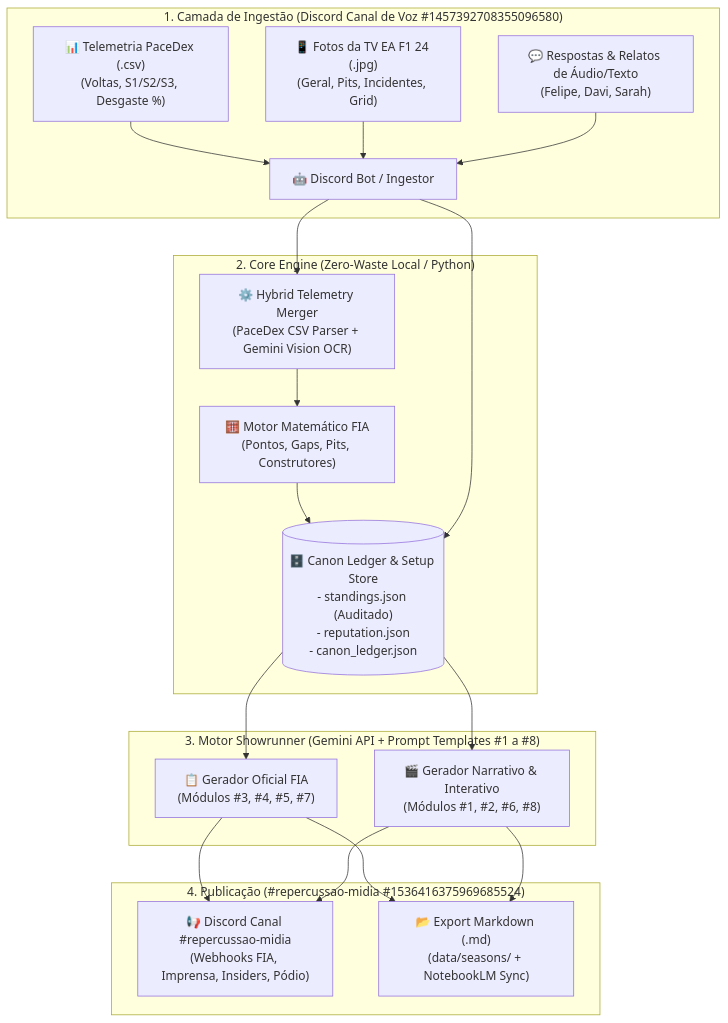
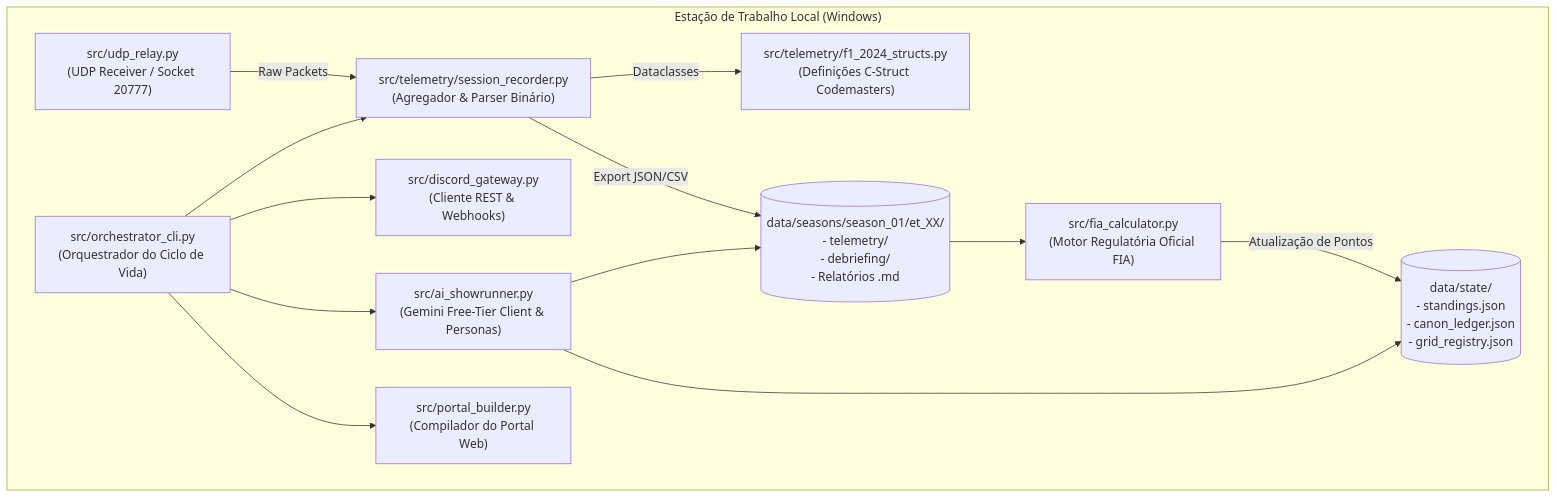
The first of 4 diagrams in docs/SAD.md (tricman/f1-2026-portal), drawn with Mermaid before and after one commit. The commit also changed other lines of this file and 4 other files, not shown here.

Commit message:
docs(sad): formalize architecture specification to arc42 v2.0 local-first standard

````diff
--- a/docs/SAD.md
+++ b/docs/SAD.md
@@ -26,27 +118,28 @@
 ```mermaid
-flowchart TD
-    subgraph Ingestao["1. Camada de Ingestão (Discord Canal de Voz #1457392708355096580)"]
-        CSV["📊 Telemetria PaceDex (.csv)\n(Voltas, S1/S2/S3, Desgaste %)"] --> BotIn["🤖 Discord Bot / Ingestor"]
-        Fotos["📱 Fotos da TV EA F1 24 (.jpg)\n(Geral, Pits, Incidentes, Grid)"] --> BotIn
-        ChatIn["💬 Respostas & Relatos de Áudio/Texto\n(Felipe, Davi, Sarah)"] --> BotIn
+graph TD
+    subgraph Host["Estação de Trabalho Local (Windows)"]
+        UDP["src/udp_relay.py\n(UDP Receiver / Socket 20777)"]
+        REC["src/telemetry/session_recorder.py\n(Agregador & Parser Binário)"]
+        STRUCT["src/telemetry/f1_2024_structs.py\n(Definições C-Struct Codemasters)"]
+        FIA["src/fia_calculator.py\n(Motor Regulatória Oficial FIA)"]
+        CLI["src/orchestrator_cli.py\n(Orquestrador do Ciclo de Vida)"]
+        DISC["src/discord_gateway.py\n(Cliente REST & Webhooks)"]
+        AI["src/ai_showrunner.py\n(Gemini Free-Tier Client & Personas)"]
+        PORTAL["src/portal_builder.py\n(Compilador do Portal Web)"]
+        
+        STATE[("data/state/\n- standings.json\n- canon_ledger.json\n- grid_registry.json")]
+        DATA[("data/seasons/season_01/et_XX/\n- telemetry/\n- debriefing/\n- Relatórios .md")]
     end
 
-    subgraph Core["2. Core Engine (Zero-Waste Local / Python)"]
-        BotIn --> Parser["⚙️ Hybrid Telemetry Merger\n(PaceDex CSV Parser + Gemini Vision OCR)"]
-        Parser --> Math["🧮 Motor Matemático FIA\n(Pontos, Gaps, Pits, Construtores)"]
-        Math --> State[("🗄️ Canon Ledger & Setup Store\n- standings.json (Auditado)\n- reputation.json\n- canon_ledger.json")]
-        BotIn --> State
-    end
-
-    subgraph Showrunner["3. Motor Showrunner (Gemini API + Prompt Templates #1 a #8)"]
-        State --> GenFIA["📋 Gerador Oficial FIA\n(Módulos #3, #4, #5, #7)"]
-        State --> GenRPG["🎬 Gerador Narrativo & Interativo\n(Módulos #1, #2, #6, #8)"]
-    end
-
-    subgraph Saida["4. Publicação (#repercussao-midia #1536416375969685524)"]
-        GenFIA --> Webhooks["📢 Discord Canal #repercussao-midia\n(Webhooks FIA, Imprensa, Insiders, Pódio)"]
-        GenRPG --> Webhooks
-        GenFIA --> Docs["📂 Export Markdown (.md)\n(data/seasons/ + NotebookLM Sync)"]
-        GenRPG --> Docs
-    end
+    UDP -->|Raw Packets| REC
+    REC -->|Dataclasses| STRUCT
+    REC -->|Export JSON/CSV| DATA
+    DATA --> FIA
+    FIA -->|Atualização de Pontos| STATE
+    CLI --> REC
+    CLI --> DISC
+    CLI --> AI
+    CLI --> PORTAL
+    AI --> STATE
+    AI --> DATA
 ```
````
